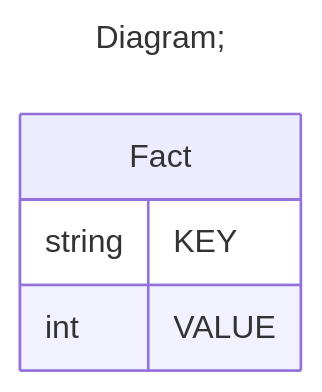
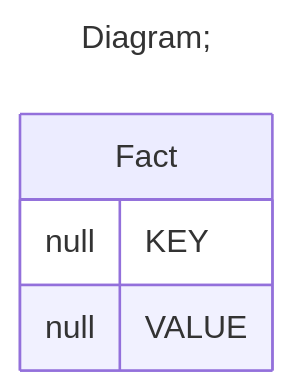
One commit to xmla-services/workground changed the third of 3 diagrams in demo/server/catalogs/min_Hierarchy_hasAll_single/README.MD. Above: the diagram before and after it, drawn with Mermaid. The commit also changed other lines of this file and 39 other files, not shown here.

````diff
--- a/demo/server/catalogs/min_Hierarchy_hasAll_single/README.MD
+++ b/demo/server/catalogs/min_Hierarchy_hasAll_single/README.MD
@@ -87,11 +87,11 @@
 ```mermaid
 ---
 title: Diagram;
 ---
 erDiagram
 Fact{
-string KEY
-int VALUE
+null KEY
+null VALUE
 }
 
 ```
````
